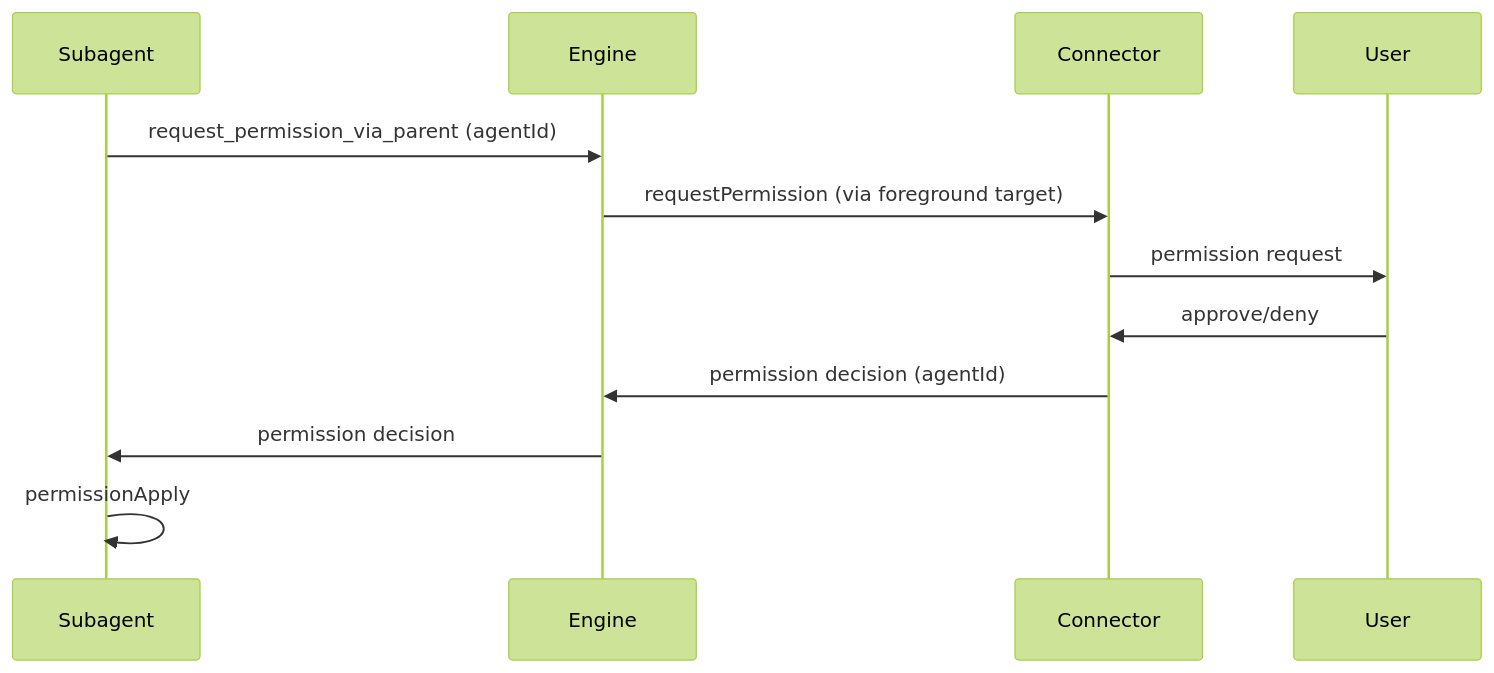
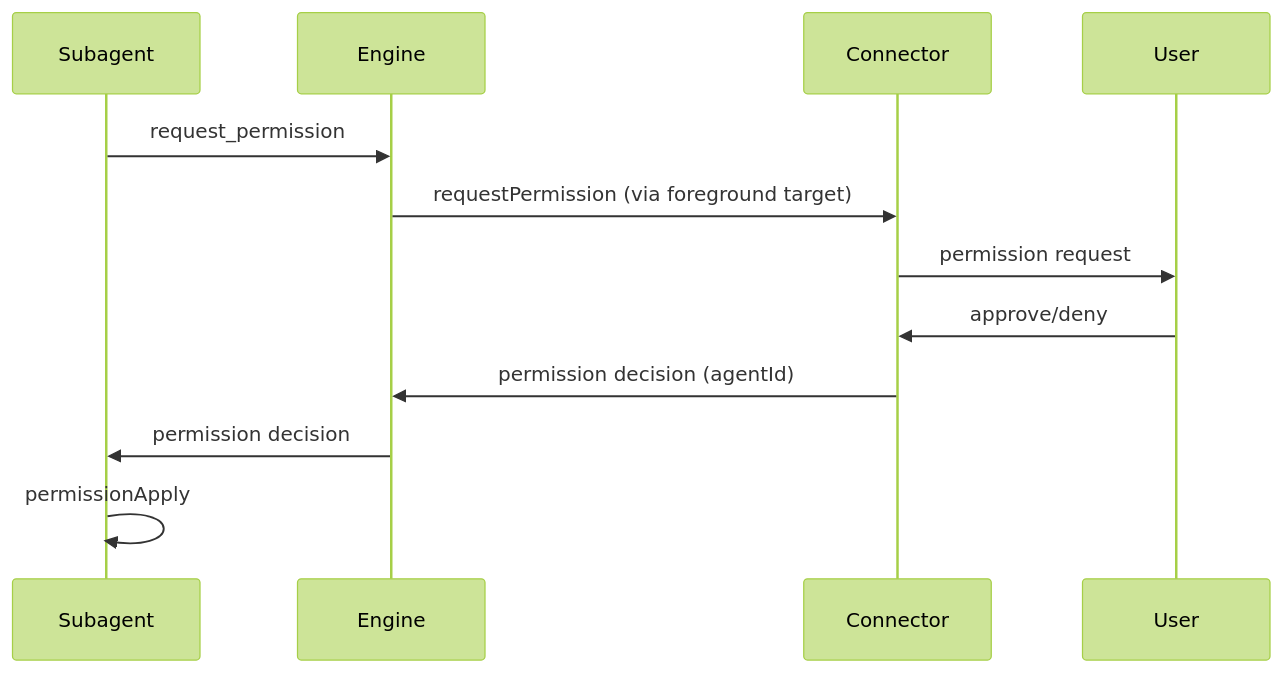
Before and after one commit to ex3ndr-bot/daycare: the seventh of 7 diagrams in docs/agent-types.md, drawn with Mermaid (forest theme). The commit also changed other lines of this file and 12 other files, not shown here.

````diff
--- a/docs/agent-types.md
+++ b/docs/agent-types.md
@@ -157,14 +156,14 @@
 ```mermaid
 sequenceDiagram
   participant Subagent
   participant Engine
   participant Connector
   participant User
-  Subagent->>Engine: request_permission_via_parent (agentId)
+  Subagent->>Engine: request_permission
   Engine->>Connector: requestPermission (via foreground target)
   Connector->>User: permission request
   User->>Connector: approve/deny
   Connector->>Engine: permission decision (agentId)
   Engine->>Subagent: permission decision
   Subagent->>Subagent: permissionApply
 ```
````
